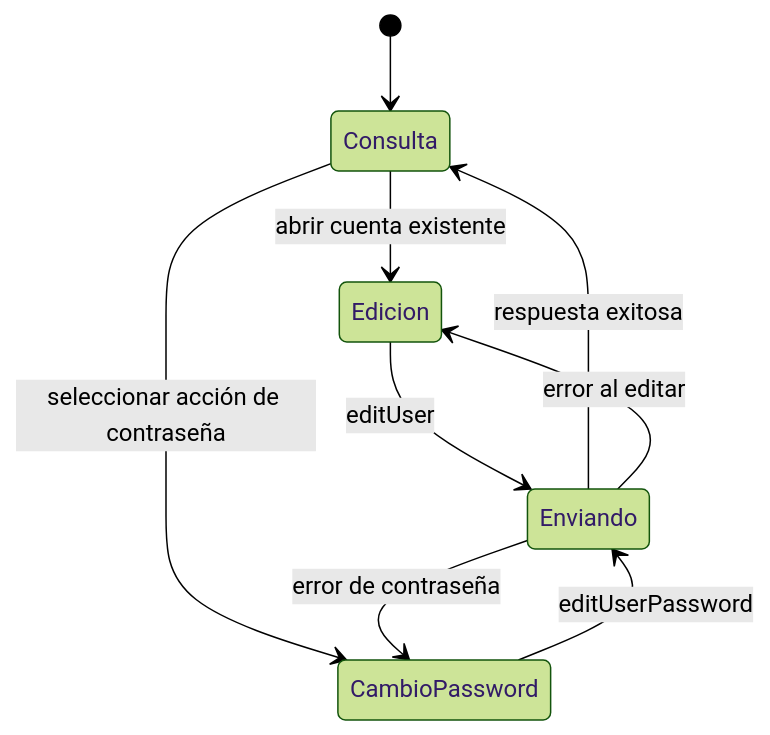
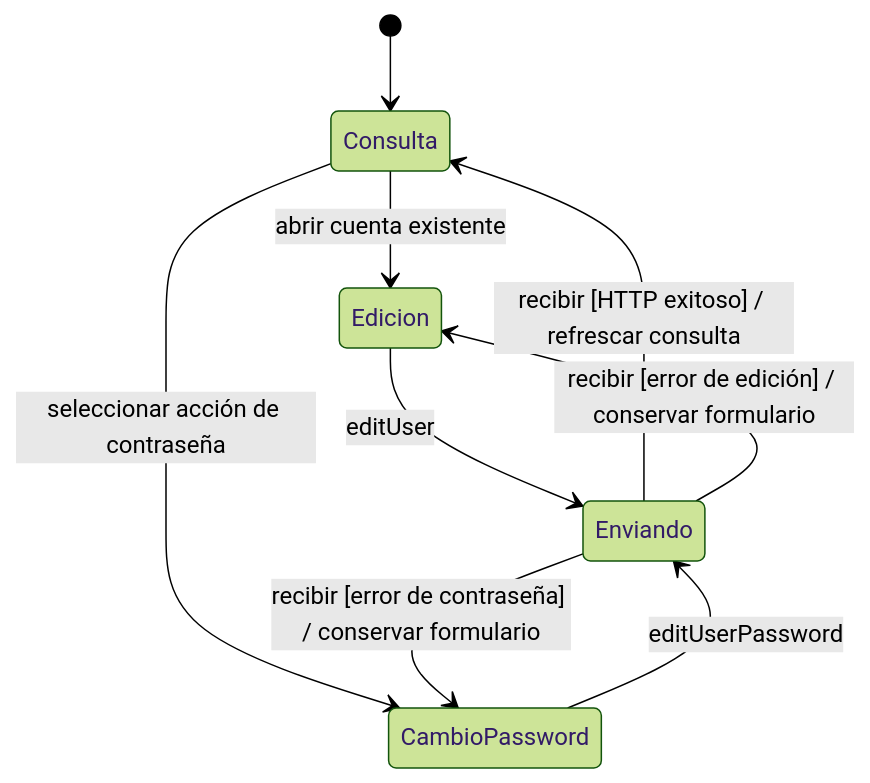
The third of 4 diagrams in docs/architecture/views/development/frontend-technical-documentation/02-views-technical-applied-by-flow-frontend.md (gpgsistemas01/nexus), drawn with Mermaid (forest theme) before and after one commit. The commit also changed other lines of this file and 198 other files, not shown here.

Commit message:
docs: mejorar notación UML y distribución de diagramas Mermaid

````diff
--- a/docs/architecture/views/development/frontend-technical-documentation/02-views-technical-applied-by-flow-frontend.md
+++ b/docs/architecture/views/development/frontend-technical-documentation/02-views-technical-applied-by-flow-frontend.md
@@ -60,11 +60,11 @@
 ```mermaid
 stateDiagram-v2
     [*] --> Consulta
     Consulta --> Edicion: abrir cuenta existente
     Consulta --> CambioPassword: seleccionar acción de contraseña
     Edicion --> Enviando: editUser
     CambioPassword --> Enviando: editUserPassword
-    Enviando --> Consulta: respuesta exitosa
-    Enviando --> Edicion: error al editar
-    Enviando --> CambioPassword: error de contraseña
+    Enviando --> Consulta: recibir [HTTP exitoso] / refrescar consulta
+    Enviando --> Edicion: recibir [error de edición] / conservar formulario
+    Enviando --> CambioPassword: recibir [error de contraseña] / conservar formulario
 ```
````
